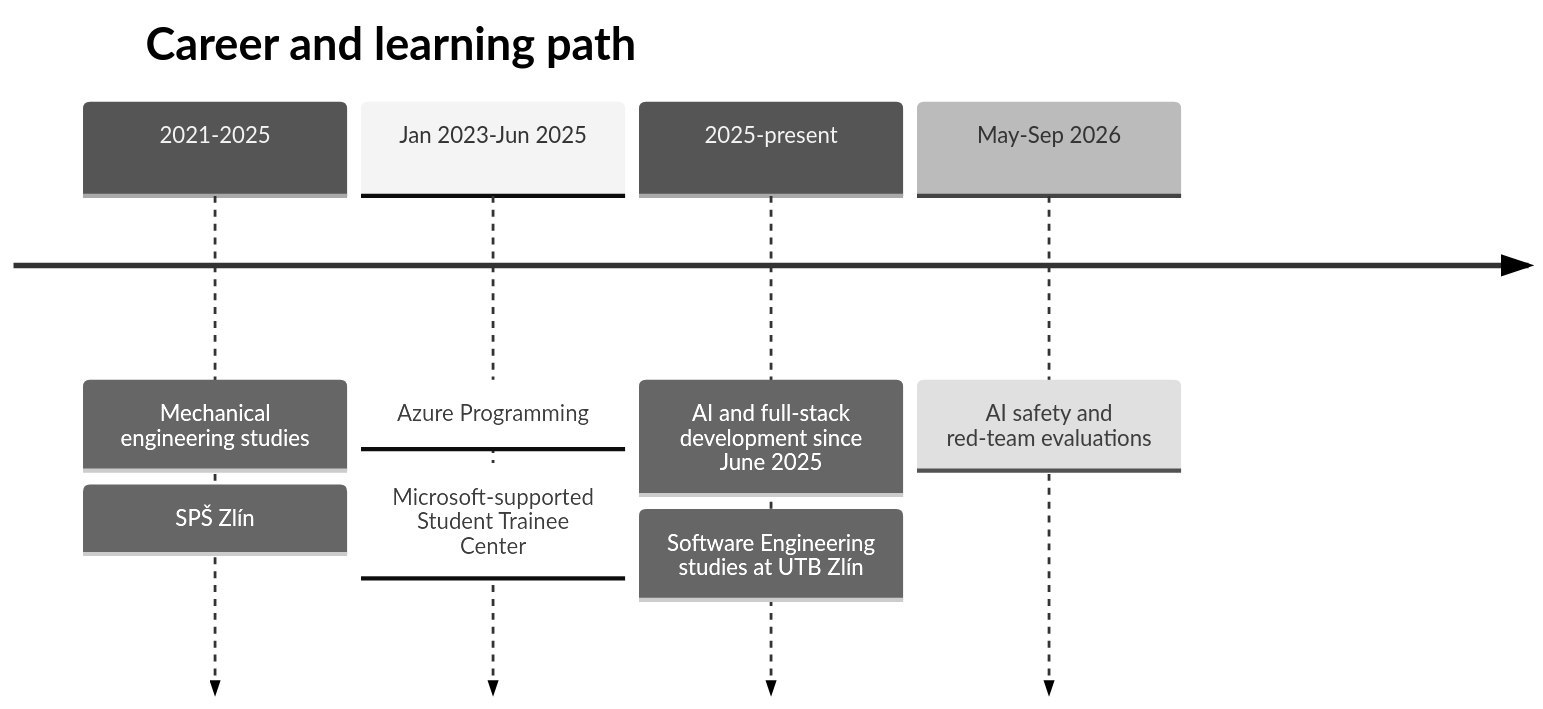
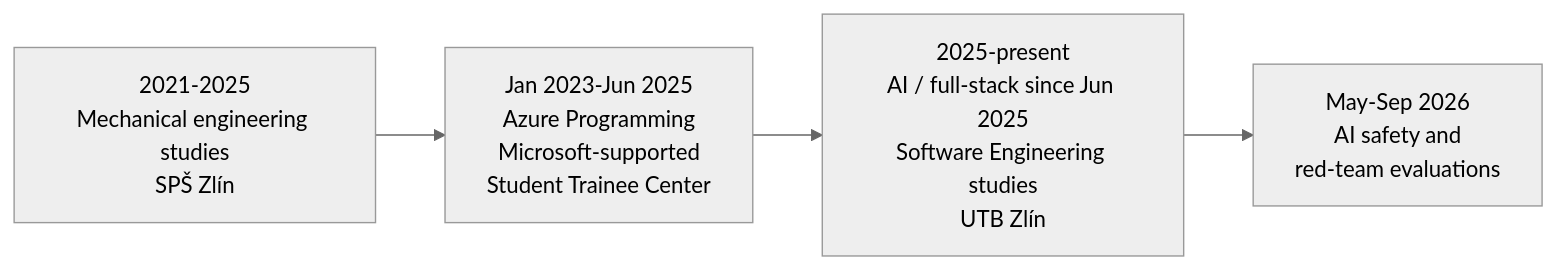
The diagram in README.md (Majkey25/Majkey25), drawn with Mermaid (neutral theme) before and after one commit. The commit also changed other lines of this file, not shown here.

Commit message:
Clarify personal engineering approach and flatten career roadmap (#13)
* fix: clarify profile tip and flatten career roadmap

* docs: keep career study labels explicit

```diff
--- a/README.md
+++ b/README.md
@@ -87,11 +87,6 @@
 ~~~mermaid
-timeline
-    title Career and learning path
-    2021-2025 : Mechanical engineering studies
-              : SPŠ Zlín
-    Jan 2023-Jun 2025 : Azure Programming
-                     : Microsoft-supported Student Trainee Center
-    2025-present : AI and full-stack development since June 2025
-                 : Software Engineering studies at UTB Zlín
-    May-Sep 2026 : AI safety and red-team evaluations
+flowchart LR
+    A["2021-2025<br/>Mechanical engineering studies<br/>SPŠ Zlín"] --> B["Jan 2023-Jun 2025<br/>Azure Programming<br/>Microsoft-supported<br/>Student Trainee Center"]
+    B --> C["2025-present<br/>AI / full-stack since Jun 2025<br/>Software Engineering studies<br/>UTB Zlín"]
+    C --> D["May-Sep 2026<br/>AI safety and<br/>red-team evaluations"]
 ~~~
```
